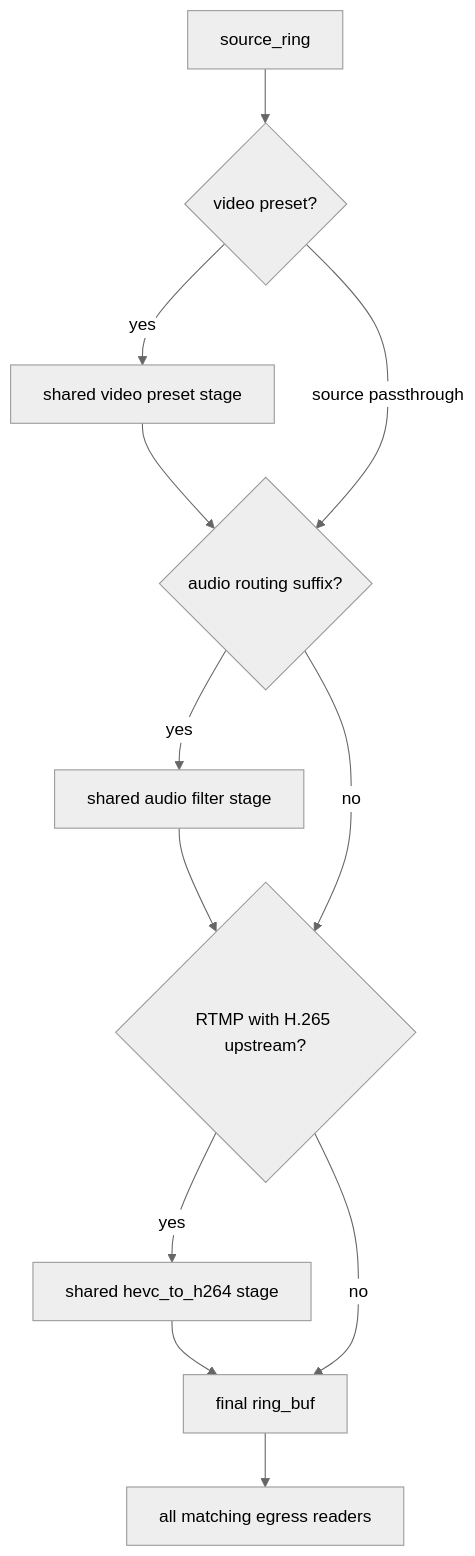
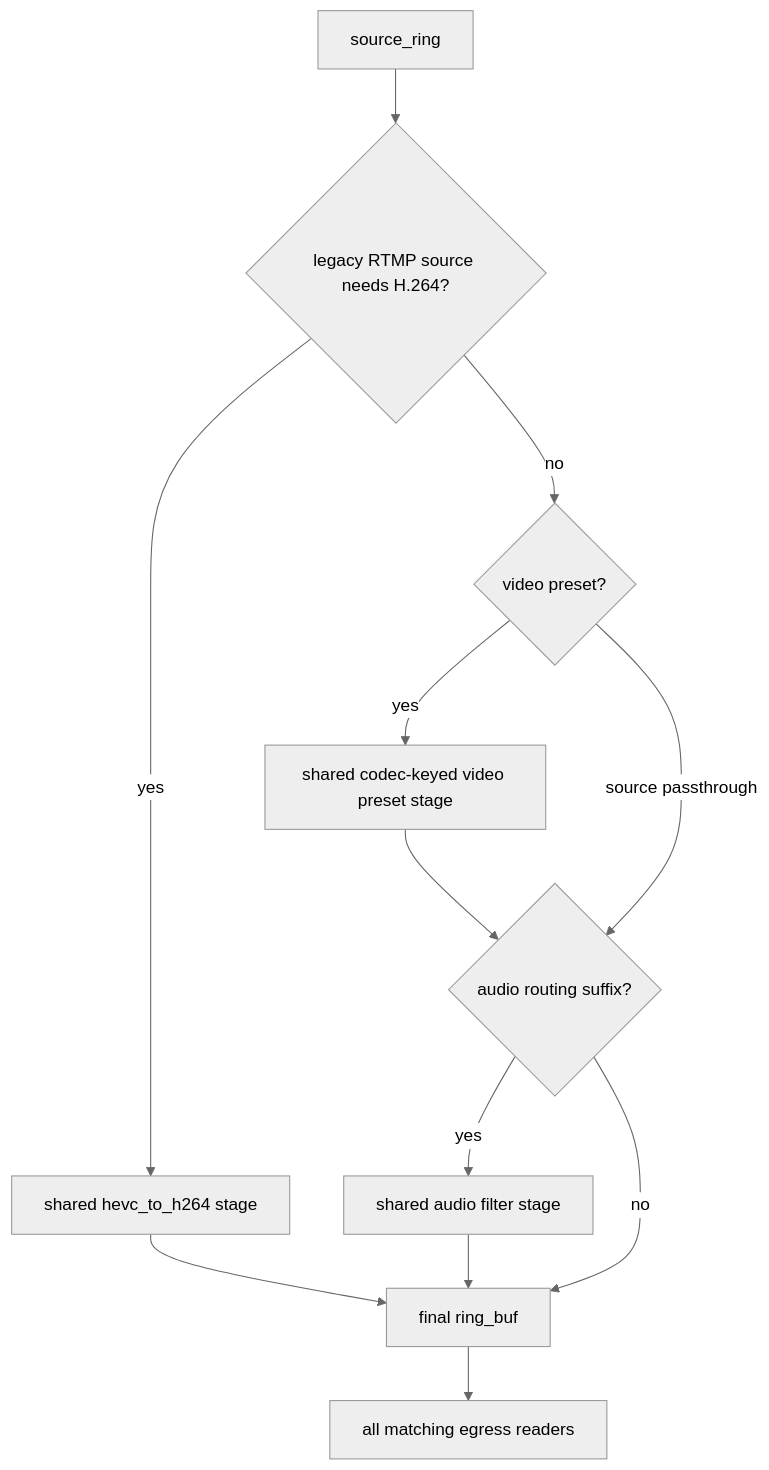
The second of 4 diagrams in docs/media-pipeline.md (krsna1729/restream), drawn with Mermaid (neutral theme) before and after one commit. The commit also changed other lines of this file and 25 other files, not shown here.

````diff
--- a/docs/media-pipeline.md
+++ b/docs/media-pipeline.md
@@ -112,21 +113,21 @@
 ```mermaid
 flowchart TD
     Source["source_ring"]
+    Codec{"legacy RTMP source needs H.264?"}
+    CodecStage["shared hevc_to_h264 stage"]
     Video{"video preset?"}
-    VideoStage["shared video preset stage"]
+    VideoStage["shared codec-keyed video preset stage"]
     Audio{"audio routing suffix?"}
     AudioStage["shared audio filter stage"]
-    Hevc{"RTMP with H.265 upstream?"}
-    HevcStage["shared hevc_to_h264 stage"]
     Output["final ring_buf"]
     Egresses["all matching egress readers"]
 
-    Source --> Video
+    Source --> Codec
+    Codec -->|yes| CodecStage --> Output
+    Codec -->|no| Video
     Video -->|yes| VideoStage --> Audio
     Video -->|source passthrough| Audio
-    Audio -->|yes| AudioStage --> Hevc
-    Audio -->|no| Hevc
-    Hevc -->|yes| HevcStage --> Output
-    Hevc -->|no| Output
+    Audio -->|yes| AudioStage --> Output
+    Audio -->|no| Output
     Output --> Egresses
 ```
````
